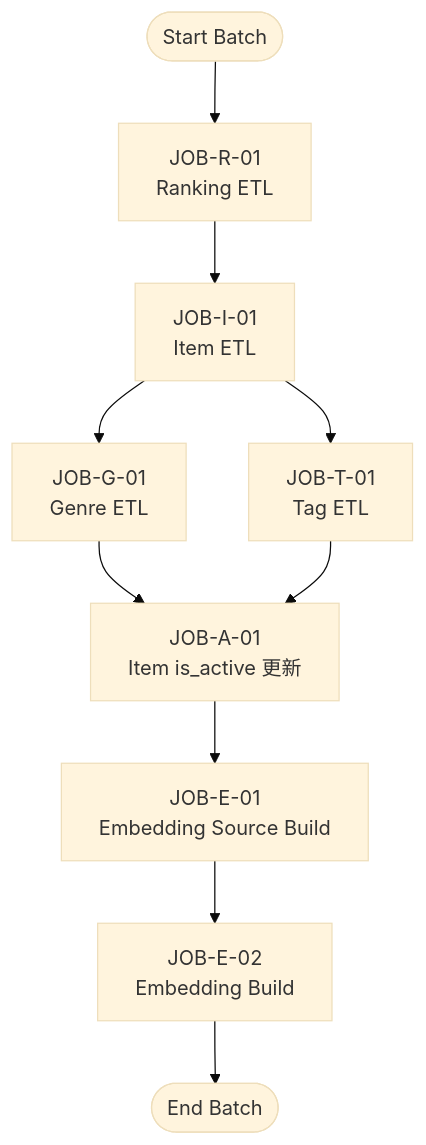
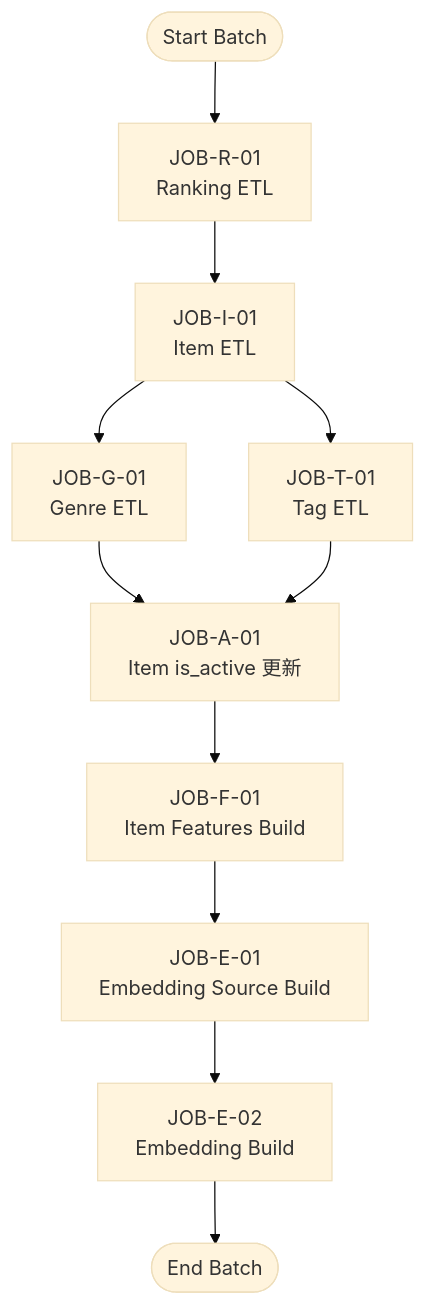
One commit to ryo-chan-k6/GiftRecommendAPP_MVP_CYCLE_2 changed the diagram in apps/batch/etl/specs/common/バッチジョブ一覧＋ジョブネット仕様書.md. Above: the diagram before and after it, drawn with Mermaid (base theme). The commit also changed other lines of this file and 5 other files, not shown here.

First line of the commit message:
Add Item Features Build job and related components

````diff
--- a/apps/batch/etl/specs/common/バッチジョブ一覧＋ジョブネット仕様書.md
+++ b/apps/batch/etl/specs/common/バッチジョブ一覧＋ジョブネット仕様書.md
@@ -100,19 +107,20 @@
 ```mermaid
 flowchart TD
     START([Start Batch])
 
     START --> RANKING[JOB-R-01<br/>Ranking ETL]
 
     RANKING --> ITEM[JOB-I-01<br/>Item ETL]
 
     ITEM --> GENRE[JOB-G-01<br/>Genre ETL]
     ITEM --> TAG[JOB-T-01<br/>Tag ETL]
 
     GENRE --> ACTIVE[JOB-A-01<br/>Item is_active 更新]
     TAG --> ACTIVE
 
-    ACTIVE --> ESRC[JOB-E-01<br/>Embedding Source Build]
+    ACTIVE --> FEATURES[JOB-F-01<br/>Item Features Build]
+    FEATURES --> ESRC[JOB-E-01<br/>Embedding Source Build]
     ESRC --> EBUILD[JOB-E-02<br/>Embedding Build]
 
     EBUILD --> END([End Batch])
 ```
````
